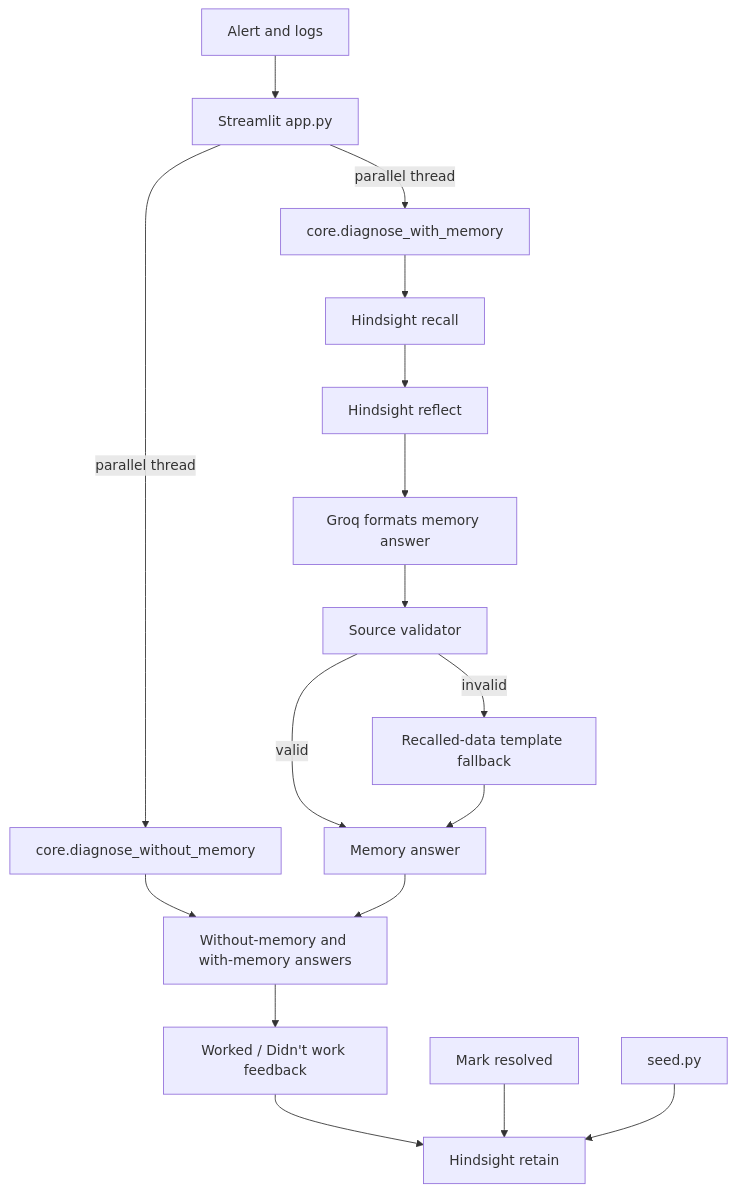
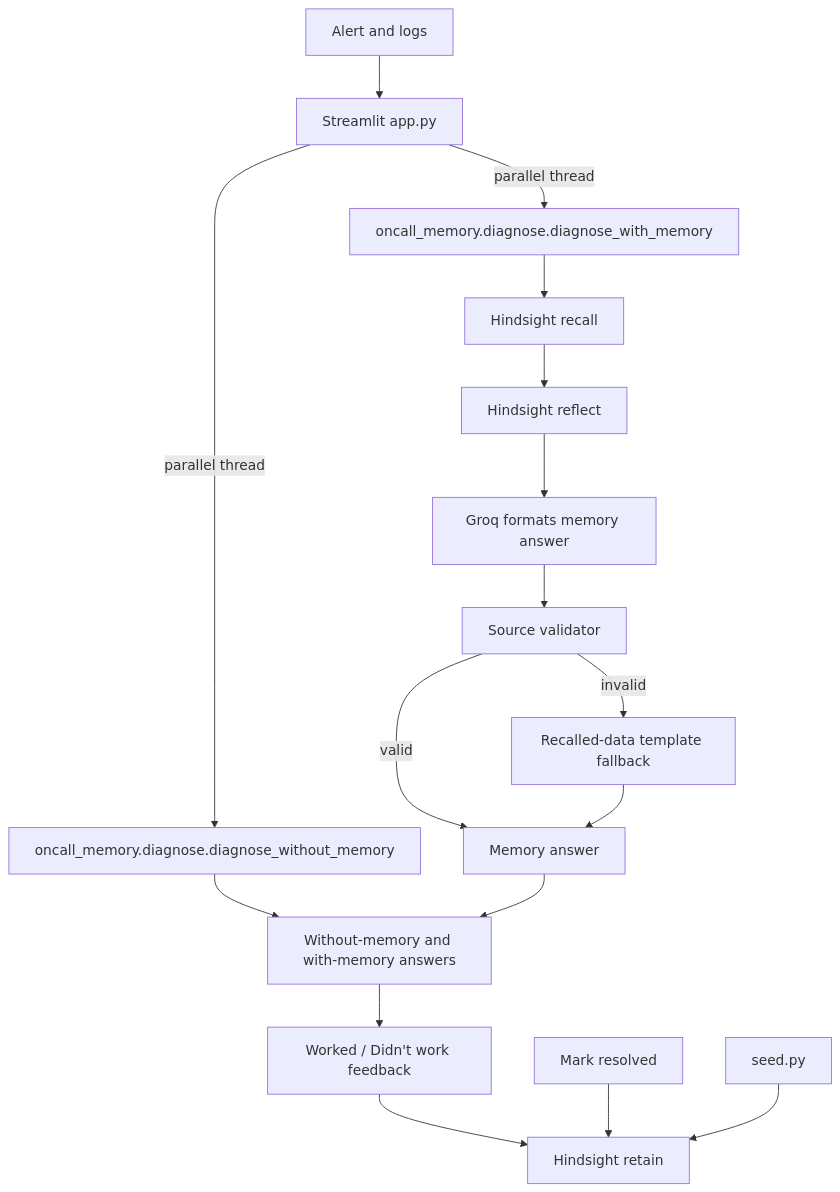
The diagram in README.md (aryantyagi2211/oncall-memory), drawn with Mermaid before and after one commit. The commit also changed other lines of this file and 15 other files, not shown here.

````diff
--- a/README.md
+++ b/README.md
@@ -51,19 +51,19 @@
 ```mermaid
 flowchart TD
     Alert[Alert and logs] --> UI[Streamlit app.py]
-    UI -->|parallel thread| Base[core.diagnose_without_memory]
-    UI -->|parallel thread| Recall[core.diagnose_with_memory]
+    UI -->|parallel thread| Base[oncall_memory.diagnose.diagnose_without_memory]
+    UI -->|parallel thread| Recall[oncall_memory.diagnose.diagnose_with_memory]
     Recall --> HRecall[Hindsight recall]
     HRecall --> Reflect[Hindsight reflect]
     Reflect --> Format[Groq formats memory answer]
     Format --> Validate[Source validator]
     Validate -->|valid| Answer[Memory answer]
     Validate -->|invalid| Fallback[Recalled-data template fallback]
     Fallback --> Answer
     Base --> Compare[Without-memory and with-memory answers]
     Answer --> Compare
     Compare --> Feedback[Worked / Didn't work feedback]
     Feedback --> Retain[Hindsight retain]
     Resolved[Mark resolved] --> Retain
     Seed[seed.py] --> Retain
 ```
````
